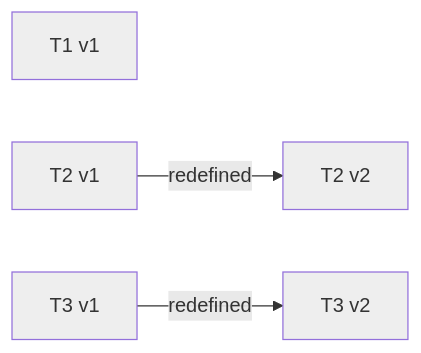
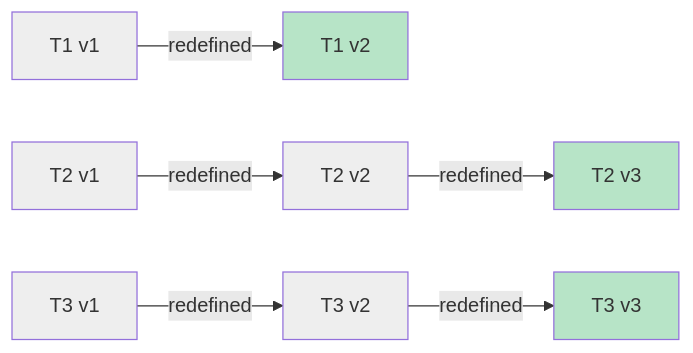
One commit to Curry09/OpenAgents changed diagram 33 of 33 in docs/specs/OVERVIEW.md. Above: the diagram before and after it, drawn with Mermaid. The commit also changed other lines of this file and 12 other files, not shown here.

````diff
--- a/docs/specs/OVERVIEW.md
+++ b/docs/specs/OVERVIEW.md
@@ -764,16 +764,26 @@
 ```mermaid
 graph LR
     v_T1_1["T1 v1"]
+    v_T1_2["T1 v2"]
+    v_T1_1 -->|redefined| v_T1_2
     v_T2_1["T2 v1"]
     v_T2_2["T2 v2"]
+    v_T2_3["T2 v3"]
     v_T2_1 -->|redefined| v_T2_2
+    v_T2_2 -->|redefined| v_T2_3
     v_T3_1["T3 v1"]
     v_T3_2["T3 v2"]
+    v_T3_3["T3 v3"]
     v_T3_1 -->|redefined| v_T3_2
+    v_T3_2 -->|redefined| v_T3_3
+    classDef st_done fill:#b7e4c7;
     classDef st_pending fill:#eeeeee;
     class v_T1_1 st_pending;
+    class v_T1_2 st_done;
     class v_T2_1 st_pending;
     class v_T2_2 st_pending;
+    class v_T2_3 st_done;
     class v_T3_1 st_pending;
     class v_T3_2 st_pending;
+    class v_T3_3 st_done;
 ```
````
